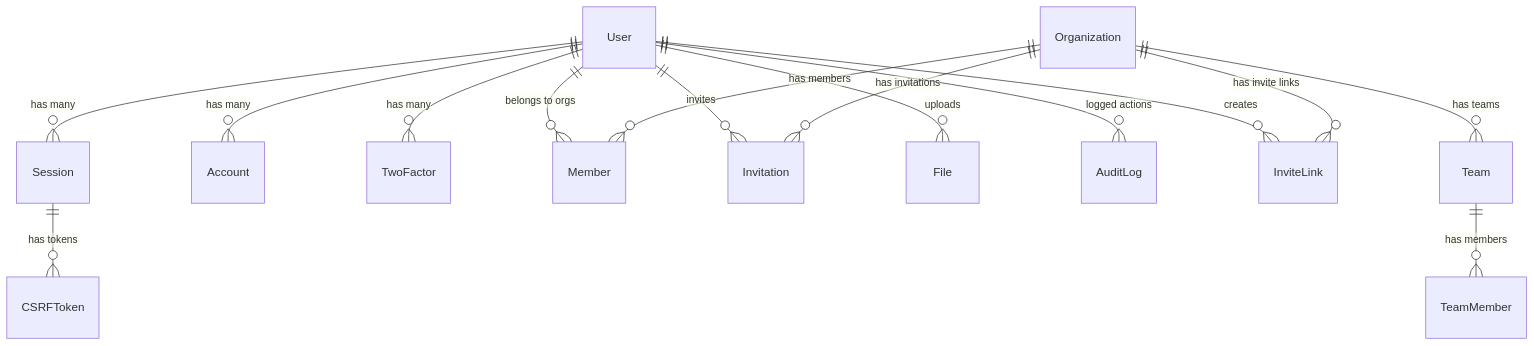
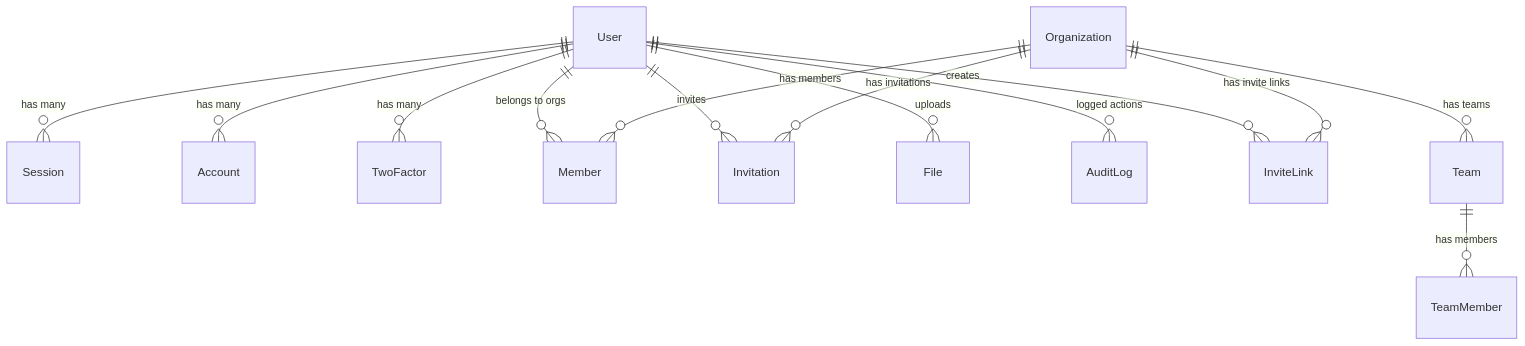
Before and after one commit to saasprokit-com/saasprokit: the diagram in docs/content/docs/database/index.mdx, drawn with Mermaid. The commit also changed other lines of this file and 47 other files, not shown here.

````diff
--- a/docs/content/docs/database/index.mdx
+++ b/docs/content/docs/database/index.mdx
@@ -10,19 +10,18 @@
 ```mermaid
 erDiagram
     User ||--o{ Session : "has many"
     User ||--o{ Account : "has many"
     User ||--o{ TwoFactor : "has many"
     User ||--o{ Member : "belongs to orgs"
     User ||--o{ Invitation : "invites"
     User ||--o{ File : "uploads"
     User ||--o{ AuditLog : "logged actions"
     User ||--o{ InviteLink : "creates"
 
     Organization ||--o{ Member : "has members"
     Organization ||--o{ Invitation : "has invitations"
     Organization ||--o{ InviteLink : "has invite links"
     Organization ||--o{ Team : "has teams"
 
     Team ||--o{ TeamMember : "has members"
-    Session ||--o{ CSRFToken : "has tokens"
 ```
````
